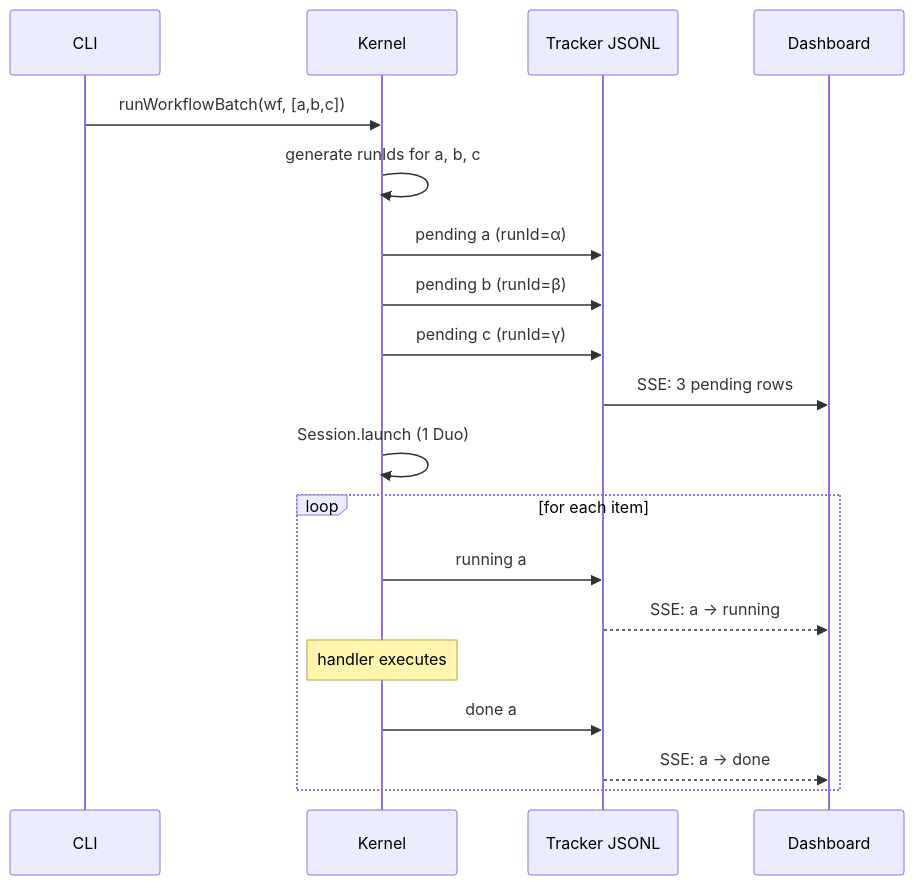
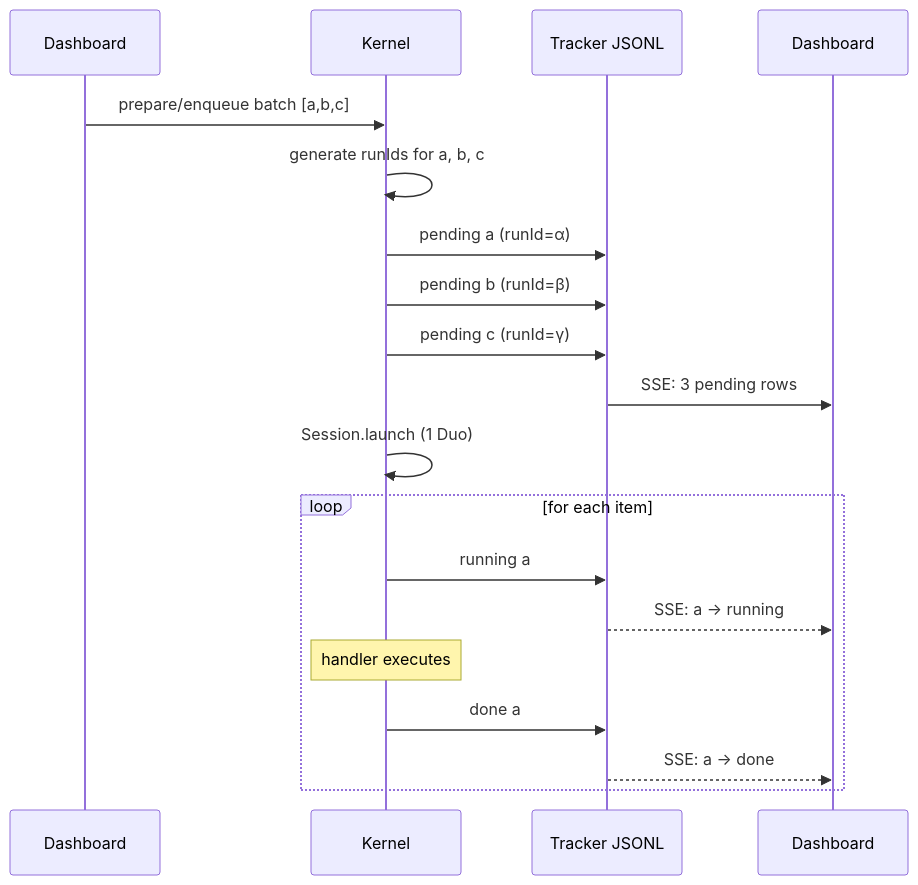
Before and after one commit to julianthant/hr-automation: the ninth of 16 diagrams in docs/engineering/architecture-deep-dive.md, drawn with Mermaid. The commit also changed other lines of this file and 70 other files, not shown here.

First line of the commit message:
wip: input-run dashboard refactor + OCR approval-signal scaffolding

````diff
--- a/docs/engineering/architecture-deep-dive.md
+++ b/docs/engineering/architecture-deep-dive.md
@@ -583,22 +583,22 @@
 ```mermaid
 sequenceDiagram
-    participant CLI
+    participant DASH as Dashboard
     participant K as Kernel
     participant T as Tracker JSONL
     participant D as Dashboard
 
-    CLI->>K: runWorkflowBatch(wf, [a,b,c])
+    DASH->>K: prepare/enqueue batch [a,b,c]
     K->>K: generate runIds for a, b, c
     K->>T: pending a (runId=α)
     K->>T: pending b (runId=β)
     K->>T: pending c (runId=γ)
     T->>D: SSE: 3 pending rows
     K->>K: Session.launch (1 Duo)
     loop for each item
         K->>T: running a
         T-->>D: SSE: a → running
         Note over K: handler executes
         K->>T: done a
         T-->>D: SSE: a → done
     end
 ```
````
